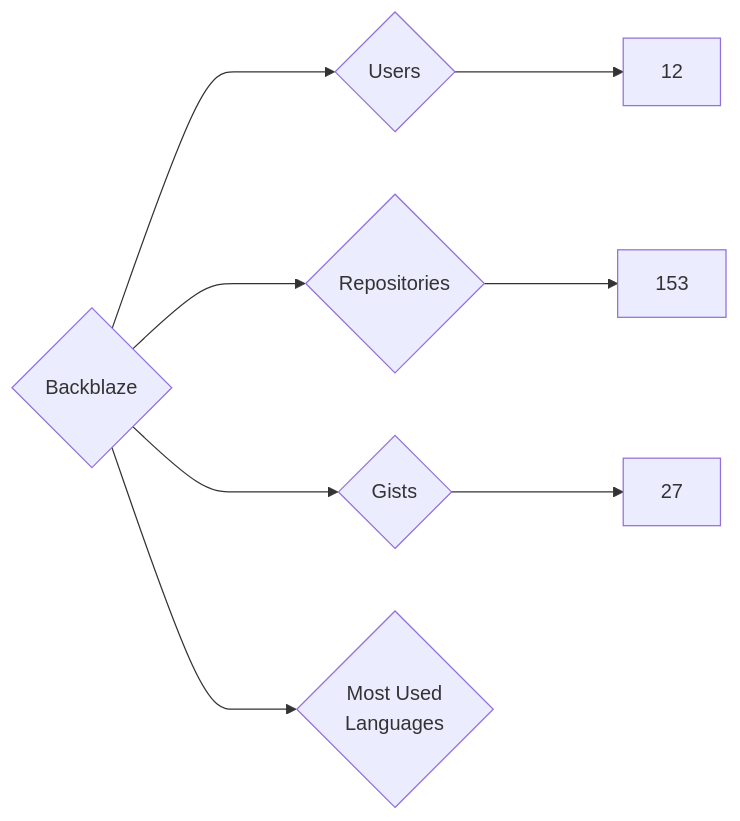
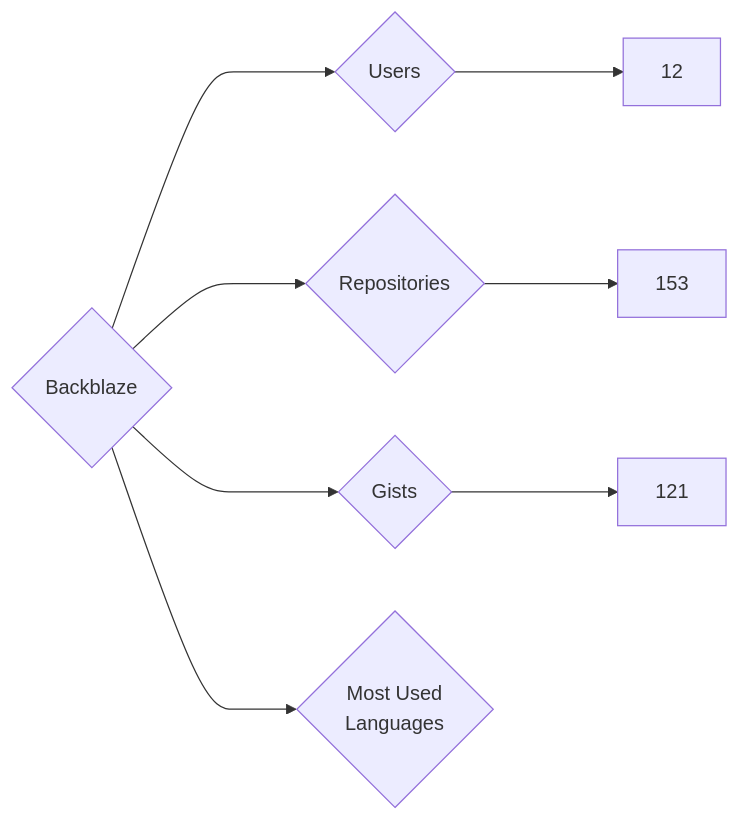
The diagram in targets/Backblaze/README.md (nenadzaric/insiders), drawn with Mermaid before and after one commit. The commit also changed 1342 other files, not shown here.

````diff
--- a/targets/Backblaze/README.md
+++ b/targets/Backblaze/README.md
@@ -3,8 +3,8 @@
 ```mermaid
 graph LR
 COMPANY_NAME{Backblaze}
 COMPANY_NAME ---> U{Users} ---> UN[12]
 COMPANY_NAME ---> R{Repositories} ---> RN[153]
-COMPANY_NAME ---> G{Gists} ---> GN[27]
+COMPANY_NAME ---> G{Gists} ---> GN[121]
 COMPANY_NAME ---> ML{Most Used<br>Languages}
 ```
````
